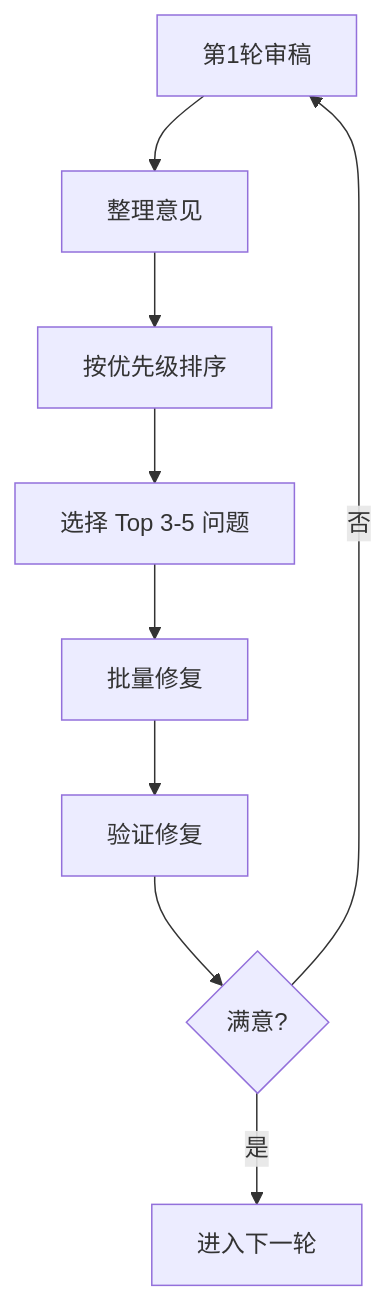
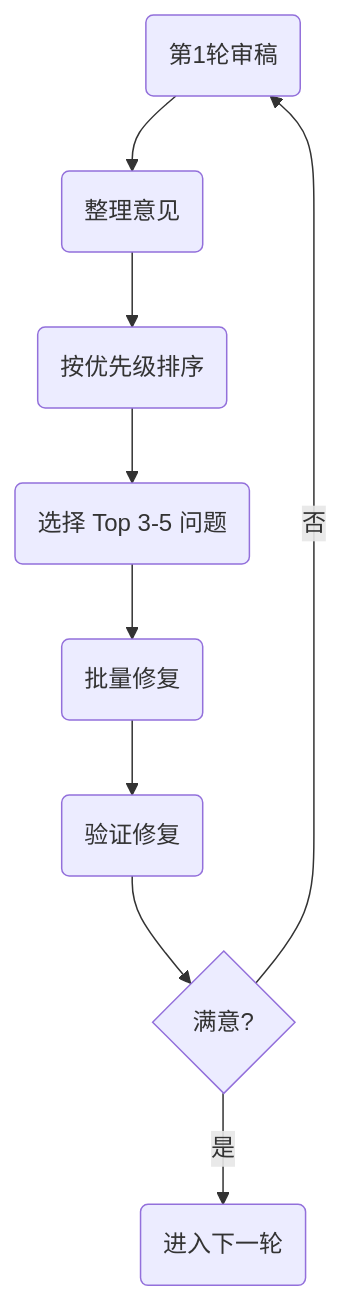
The second of 2 diagrams in src/content/docs/review/structured.mdx (yiweinanzi/ai-research-ebook), drawn with Mermaid before and after one commit. The commit also changed other lines of this file and 12 other files, not shown here.

First line of the commit message:
fix: Mermaid diagrams - remove Chinese punctuation parsing issues

````diff
--- a/src/content/docs/review/structured.mdx
+++ b/src/content/docs/review/structured.mdx
@@ -184,11 +186,13 @@
 ```mermaid
 flowchart TD
-    A[第1轮审稿] --> B[整理意见]
-    B --> C[按优先级排序]
-    C --> D[选择 Top 3-5 问题]
-    D --> E[批量修复]
-    E --> F[验证修复]
+    A(第1轮审稿) --> B(整理意见)
+    B --> C(按优先级排序)
+    C --> D(选择 Top 3-5 问题)
+    D --> E(批量修复)
+    E --> F(验证修复)
     F --> G{满意?}
     G -->|否| A
-    G -->|是| H[进入下一轮]
+    G -->|是| H(进入下一轮)
+
+
 ```
````
